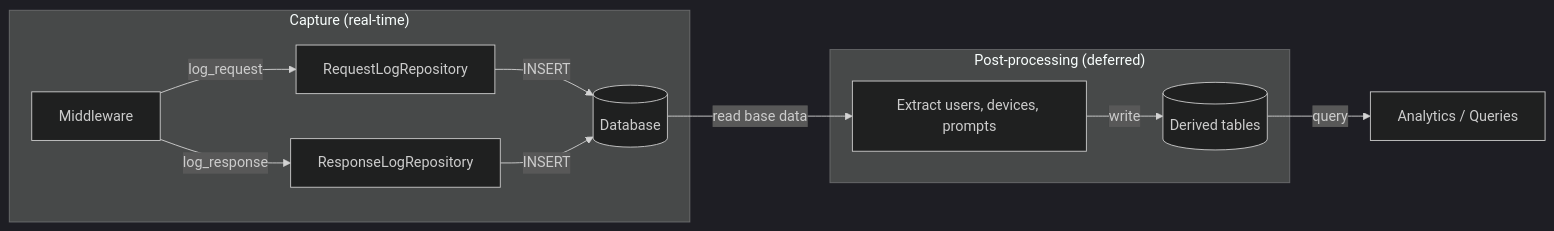
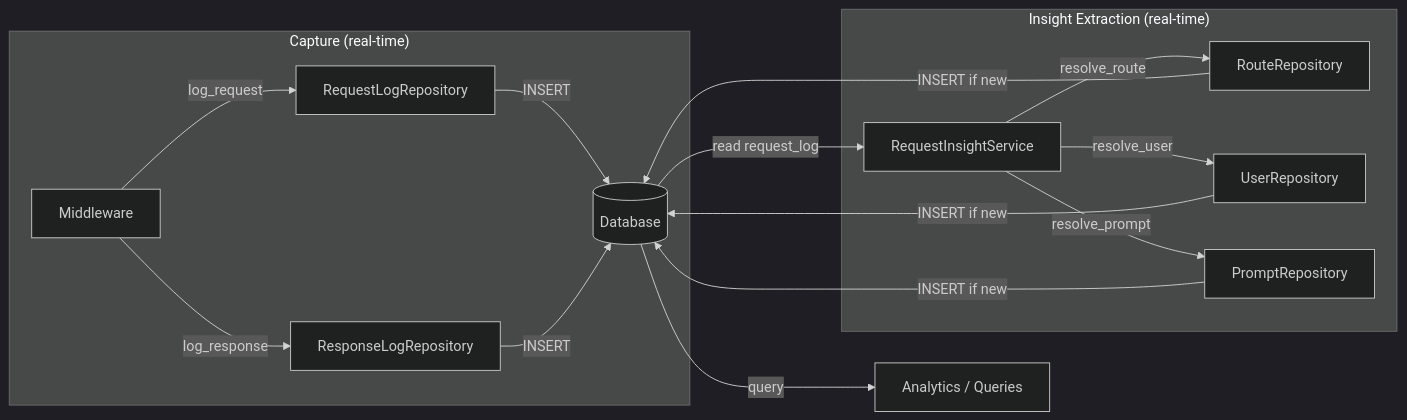
One commit to bitspire-team/bitspire-learn changed the second of 2 diagrams in docs/database.md. Above: the diagram before and after it, drawn with Mermaid (dark theme). The commit also changed other lines of this file and 10 other files, not shown here.

````diff
--- a/docs/database.md
+++ b/docs/database.md
@@ -44,14 +58,19 @@
 ```mermaid
 flowchart LR
     subgraph Capture["Capture (real-time)"]
         Middleware -->|log_request| ReqRepo[RequestLogRepository]
         ReqRepo -->|INSERT| DB[(Database)]
         Middleware -->|log_response| ResRepo[ResponseLogRepository]
         ResRepo -->|INSERT| DB
     end
-    subgraph PostProcess["Post-processing (deferred)"]
-        DB -->|read base data| Enrichment[Extract users, devices, prompts]
-        Enrichment -->|write| Derived[(Derived tables)]
+    subgraph Insights["Insight Extraction (real-time)"]
+        DB -->|read request_log| Insight[RequestInsightService]
+        Insight -->|resolve_route| RouteRepo[RouteRepository]
+        Insight -->|resolve_user| UserRepo[UserRepository]
+        Insight -->|resolve_prompt| PromptRepo[PromptRepository]
+        RouteRepo -->|INSERT if new| DB
+        UserRepo -->|INSERT if new| DB
+        PromptRepo -->|INSERT if new| DB
     end
-    Derived -->|query| Dashboard[Analytics / Queries]
+    DB -->|query| Dashboard[Analytics / Queries]
 ```
````
